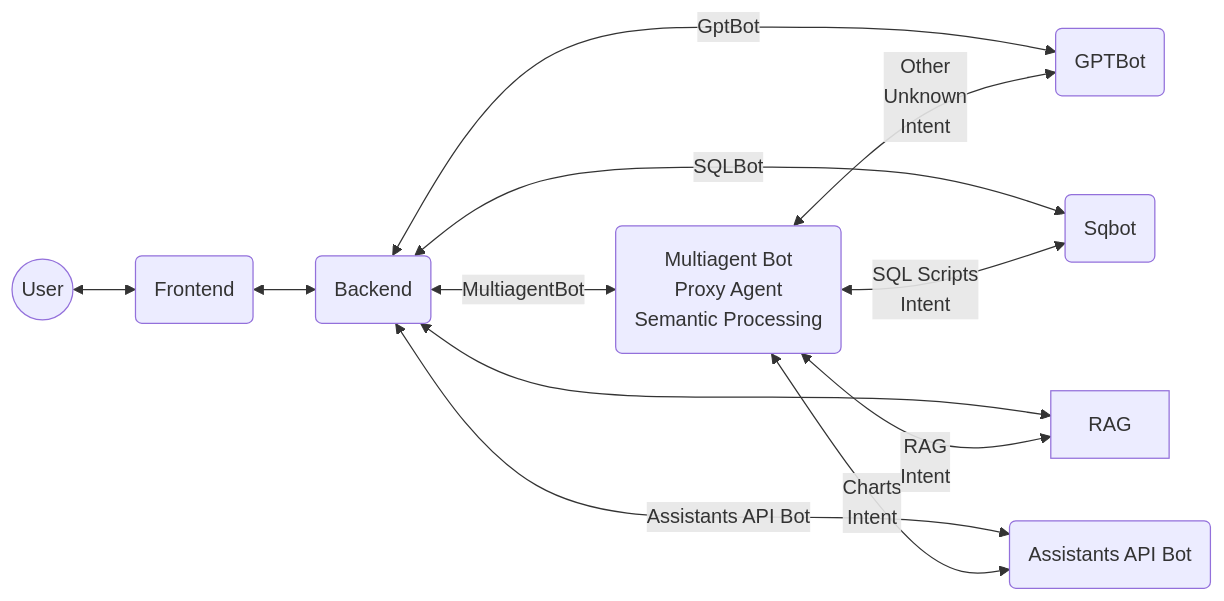
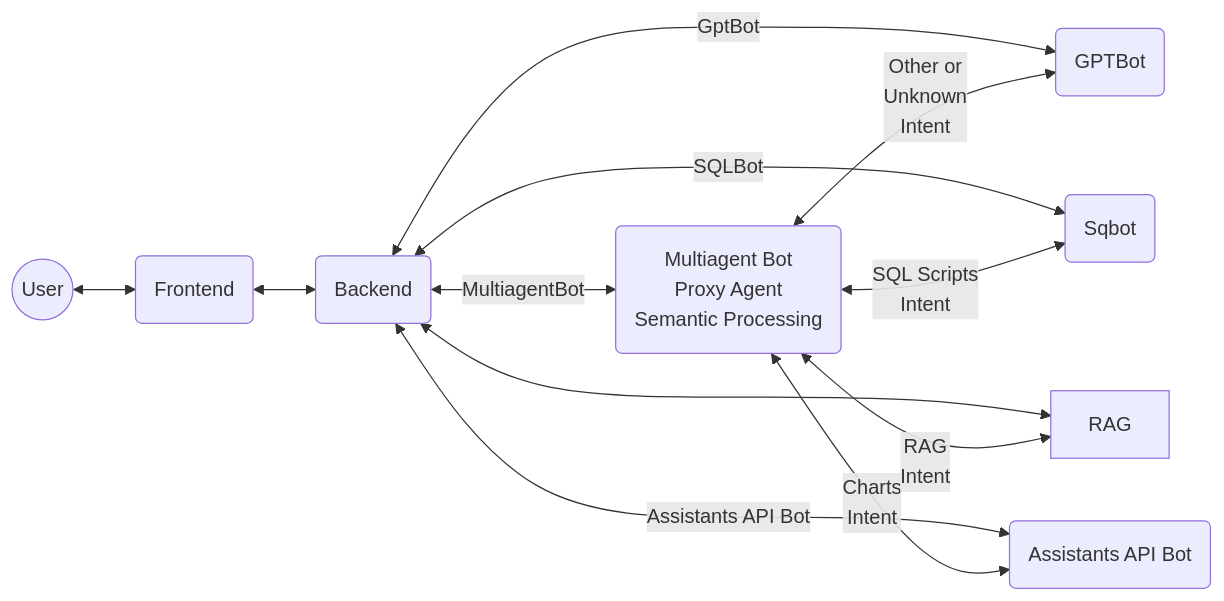
The diagram in README.md (msalemor/adventureworks-viewer-ai), drawn with Mermaid before and after one commit.

````diff
--- a/README.md
+++ b/README.md
@@ -11,14 +11,14 @@
 ```mermaid
 graph LR;
   A((User))<-->F(Frontend)
   F<-->B(Backend)
   B<--GptBot-->O(GPTBot)
   B<--SQLBot-->SQL(Sqbot)
   B<-->RAG
   B<--Assistants API Bot-->Asst(Assistants API Bot)
   B<--MultiagentBot-->M(Multiagent Bot<br/>Proxy Agent<br/>Semantic Processing)
-  M<--Other<br/>Unknown<br/>Intent-->O
+  M<--Other or<br/>Unknown<br/>Intent-->O
   M<--SQL Scripts<br/>Intent-->SQL
   M<--Charts<br/>Intent-->Asst
   M<--RAG<br/>Intent-->RAG
 ```
````
